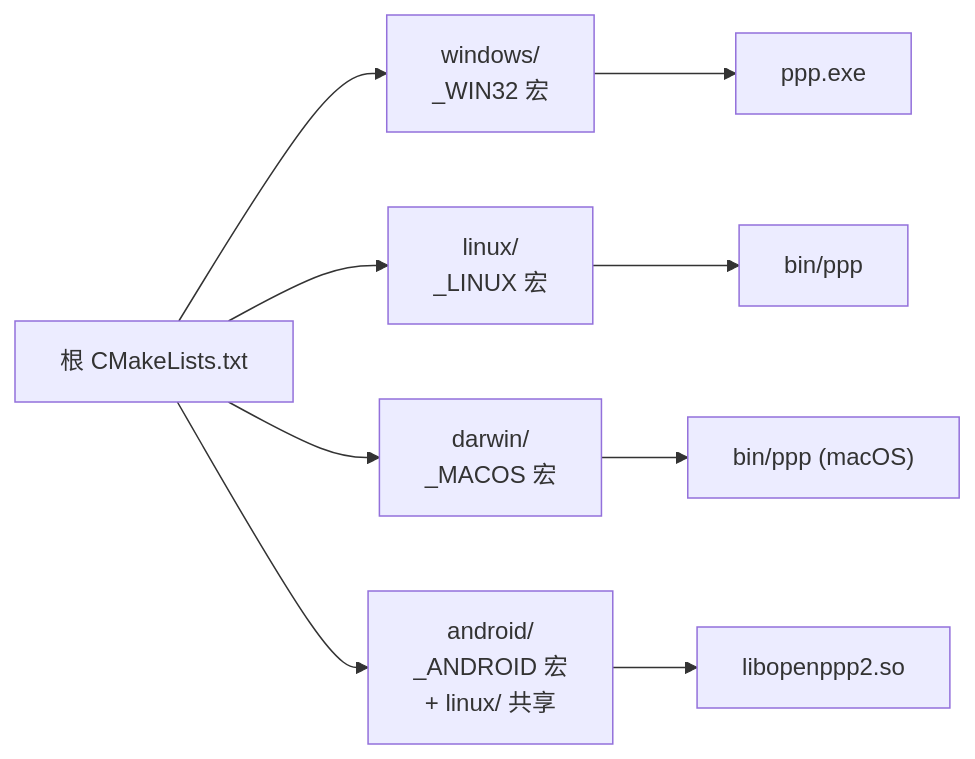
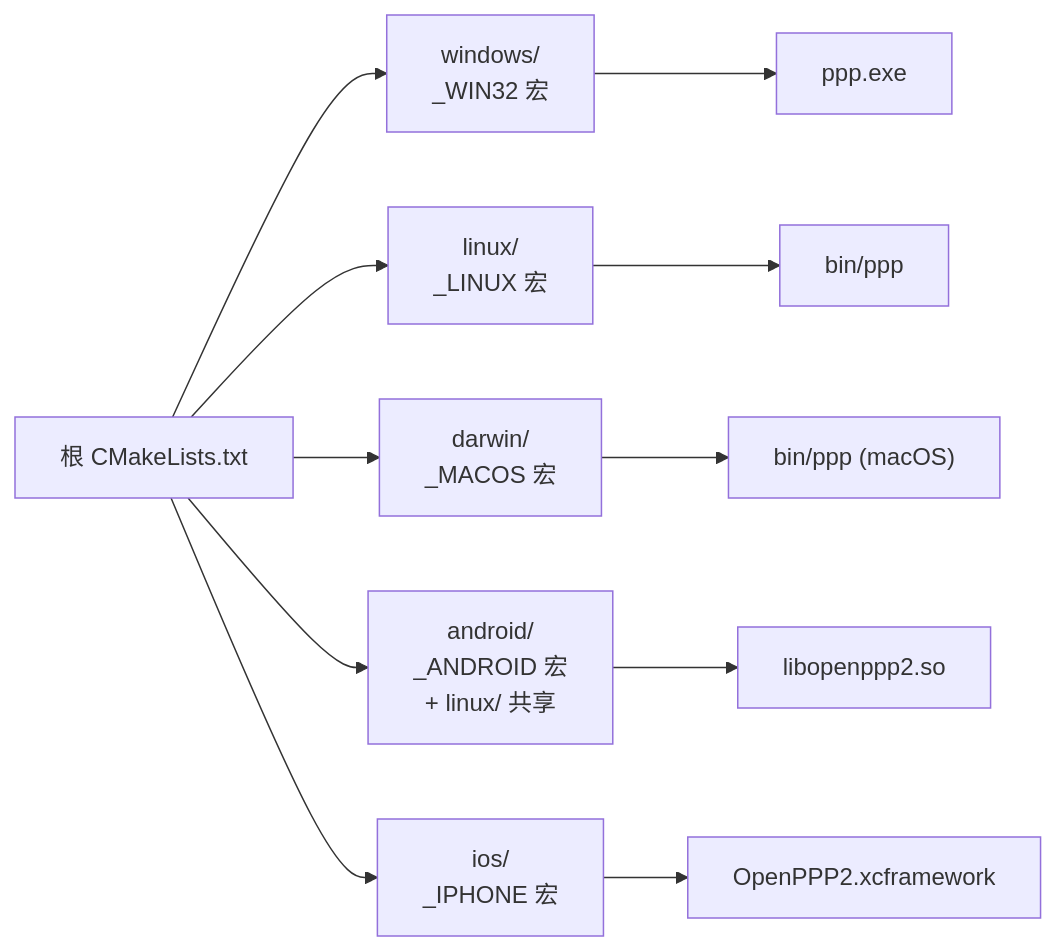
Before and after one commit to rebecca554owen/openppp2: the second of 10 diagrams in docs/guides/PLATFORMS_CN.md, drawn with Mermaid. The commit also changed other lines of this file and 34 other files, not shown here.

````diff
--- a/docs/guides/PLATFORMS_CN.md
+++ b/docs/guides/PLATFORMS_CN.md
@@ -67,11 +85,13 @@
 ```mermaid
 graph LR
     ROOT["根 CMakeLists.txt"] --> W["windows/\n_WIN32 宏"]
     ROOT --> L["linux/\n_LINUX 宏"]
     ROOT --> D["darwin/\n_MACOS 宏"]
     ROOT --> A["android/\n_ANDROID 宏\n+ linux/ 共享"]
     W --> EXE["ppp.exe"]
     L --> BIN["bin/ppp"]
     D --> BIN2["bin/ppp (macOS)"]
     A --> SO["libopenppp2.so"]
+    ROOT --> I["ios/\n_IPHONE 宏"]
+    I --> XC["OpenPPP2.xcframework"]
 ```
````
